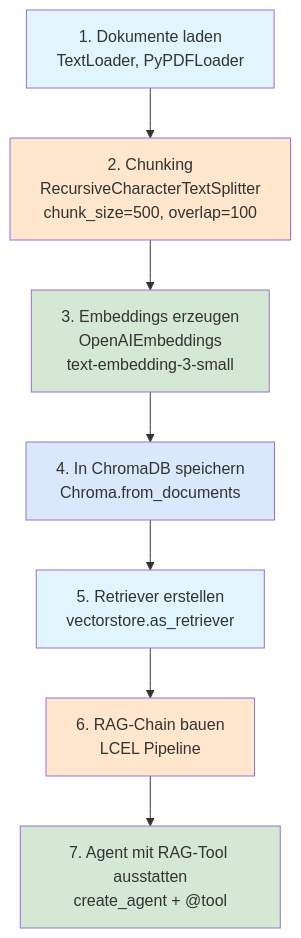
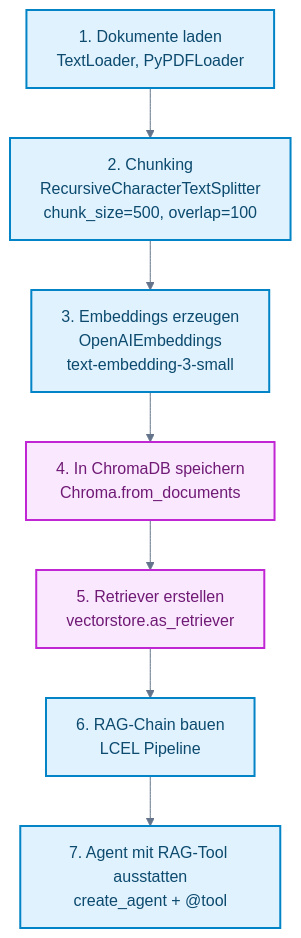
Before and after one commit to ralf-42/GenAI: the fourth of 4 diagrams in docs/06-frameworks/einsteiger-chromadb.md, drawn with Mermaid. The commit also changed other lines of this file and 25 other files, not shown here.

````diff
--- a/docs/06-frameworks/einsteiger-chromadb.md
+++ b/docs/06-frameworks/einsteiger-chromadb.md
@@ -827,25 +886,39 @@
 ```mermaid
+---
+config:
+  theme: base
+  look: classic
+  themeVariables:
+    primaryColor: '#e0f2fe'
+    primaryBorderColor: '#0284c7'
+    primaryTextColor: '#1e293b'
+    lineColor: '#64748b'
+    clusterBkg: '#f8fafc'
+    clusterBorder: '#cbd5e1'
+    noteBkgColor: '#fef3c7'
+    noteBorderColor: '#d97706'
+    noteTextColor: '#78350f'
+    edgeLabelBackground: '#ffffff'
+---
+
 flowchart TB
     LOAD[1. Dokumente laden<br/>TextLoader, PyPDFLoader]
     CHUNK[2. Chunking<br/>RecursiveCharacterTextSplitter<br/>chunk_size=500, overlap=100]
     EMBED[3. Embeddings erzeugen<br/>OpenAIEmbeddings<br/>text-embedding-3-small]
     STORE[4. In ChromaDB speichern<br/>Chroma.from_documents]
     RETRIEVE[5. Retriever erstellen<br/>vectorstore.as_retriever]
     CHAIN[6. RAG-Chain bauen<br/>LCEL Pipeline]
     AGENT[7. Agent mit RAG-Tool ausstatten<br/>create_agent + @tool]
 
     LOAD --> CHUNK
     CHUNK --> EMBED
     EMBED --> STORE
     STORE --> RETRIEVE
     RETRIEVE --> CHAIN
     CHAIN --> AGENT
 
-    style LOAD fill:#e1f5ff
-    style CHUNK fill:#ffe6cc
-    style EMBED fill:#d5e8d4
-    style STORE fill:#dae8fc
-    style RETRIEVE fill:#e1f5ff
-    style CHAIN fill:#ffe6cc
-    style AGENT fill:#d5e8d4
+%% Funktionsfarben nach Mermaid_Best_Practices.md
+classDef default fill:#e0f2fe,stroke:#0284c7,stroke-width:2px,color:#0c4a6e;
+classDef target fill:#fae8ff,stroke:#c026d3,stroke-width:2px,color:#701a75;
+class STORE,RETRIEVE target;
 ```
````
